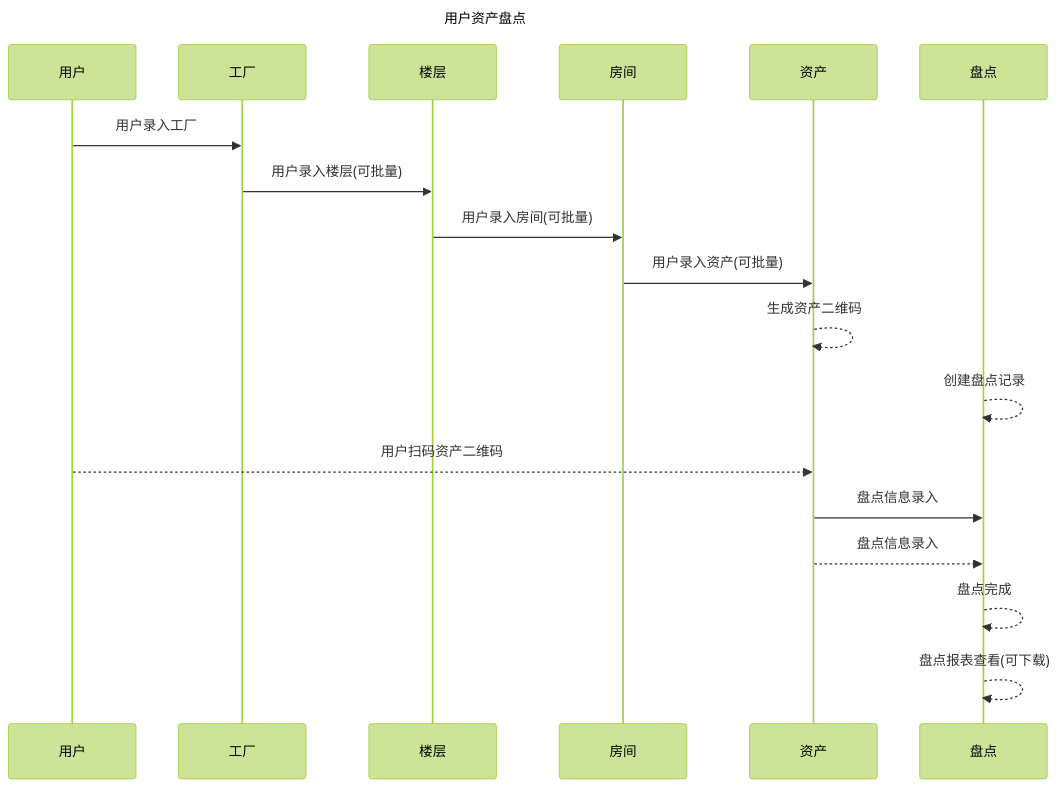
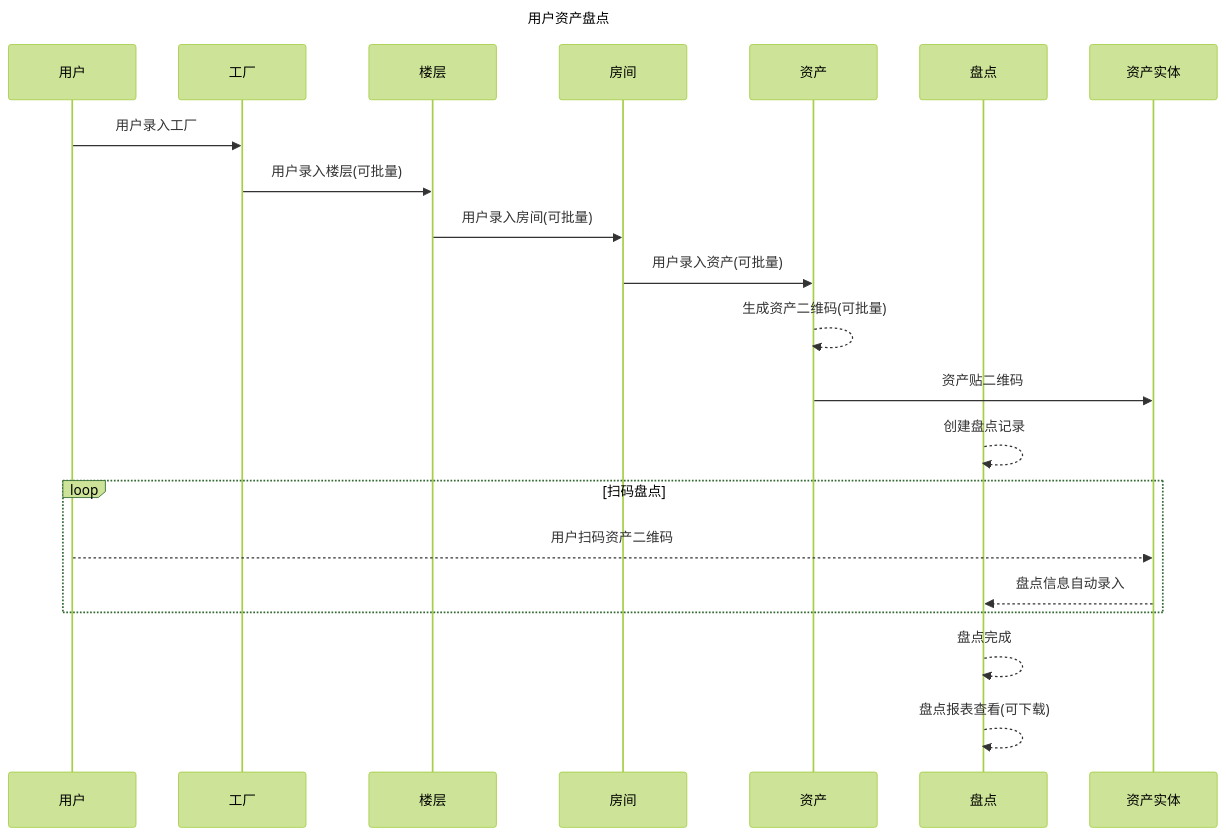
The second of 2 diagrams in README.md (fca197/aps-inventory-sales), drawn with Mermaid (forest theme) before and after one commit. The commit also changed other lines of this file, not shown here.

Commit message:
20240319 - 盘点使用流程图

````diff
--- a/README.md
+++ b/README.md
@@ -16,22 +37,25 @@
 ```mermaid
 sequenceDiagram
 title: 用户资产盘点
 
 participant U as 用户
 participant F as 工厂
 participant S as 楼层
 participant R as 房间
 participant P as 资产
 participant C as 盘点
+participant ST as 资产实体
 U->>F: 用户录入工厂
 F->>S: 用户录入楼层(可批量)
 S->>R: 用户录入房间(可批量) 
 R->>P: 用户录入资产(可批量)
-P-->>P: 生成资产二维码
+P-->>P: 生成资产二维码(可批量)
+P->>ST: 资产贴二维码
 C-->>C: 创建盘点记录
-U-->>P: 用户扫码资产二维码
-P->>C: 盘点信息录入
-P-->>C: 盘点信息录入
+loop 扫码盘点
+    U-->>ST: 用户扫码资产二维码
+    ST-->>C: 盘点信息自动录入
+end
 C-->>C: 盘点完成
 C-->>C: 盘点报表查看(可下载)
 ```
````
